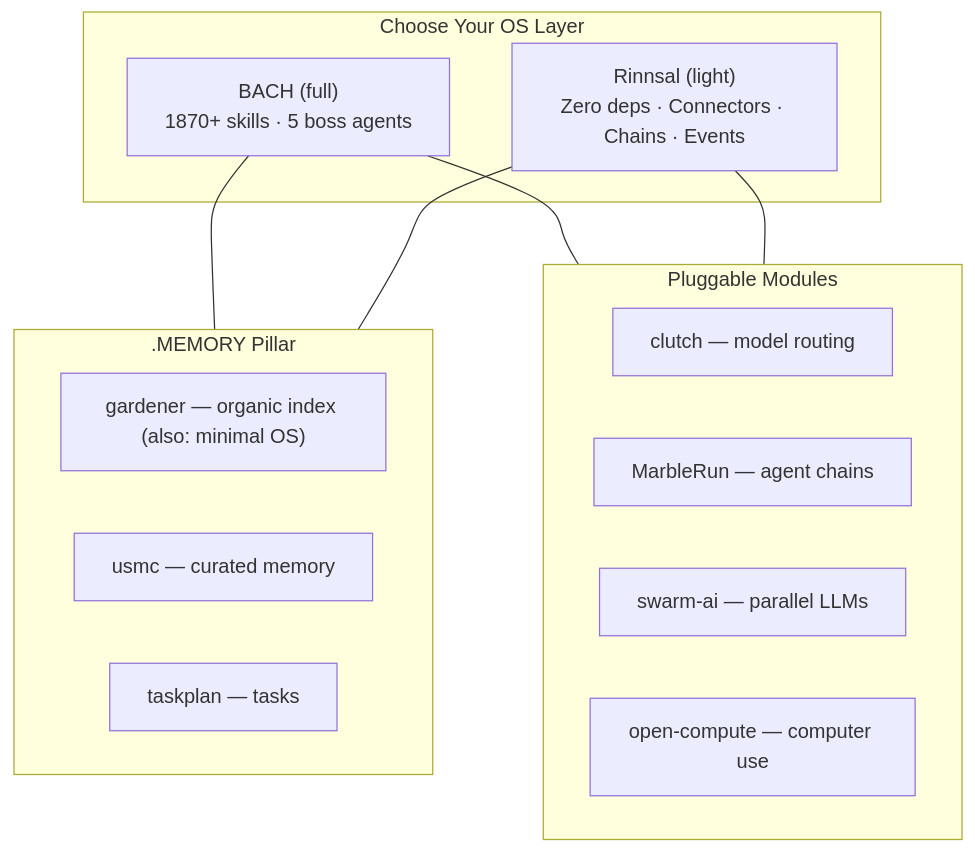
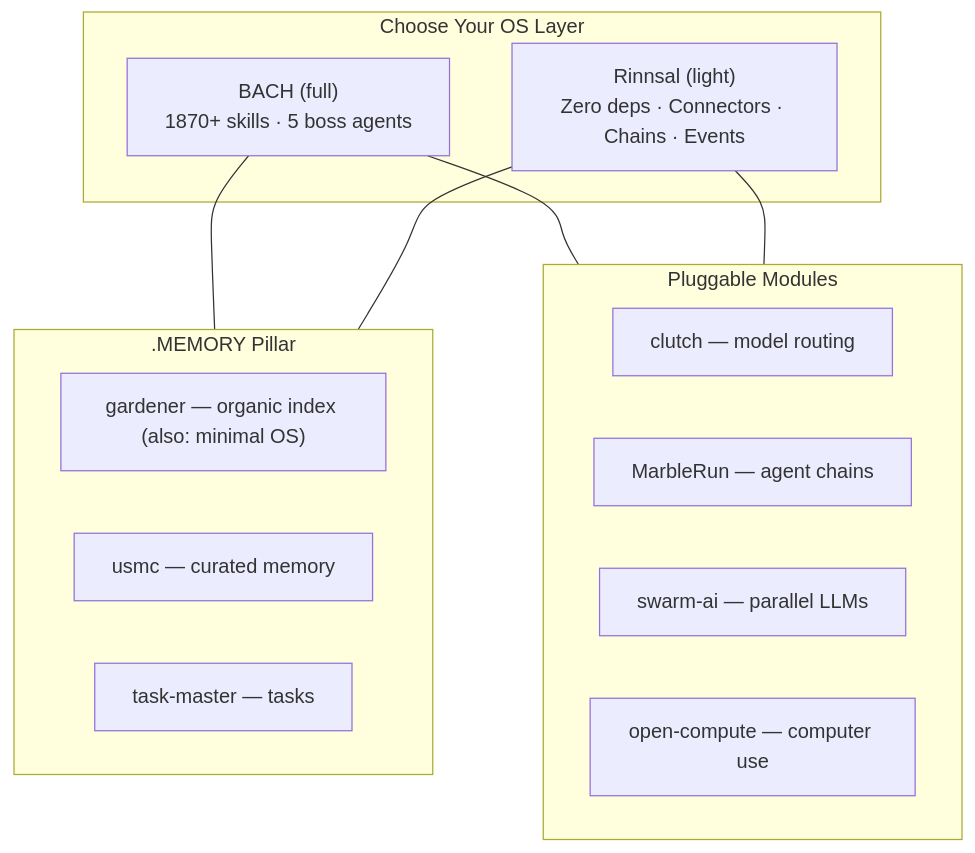
The diagram in profile/README.md (ellmos-ai/.github), drawn with Mermaid before and after one commit. The commit also changed other lines of this file and 4 other files, not shown here.

Commit message:
docs(profile): update repository index to sync taskplan rename to task-master [G 2026-07-30]

````diff
--- a/profile/README.md
+++ b/profile/README.md
@@ -147,22 +147,22 @@
 ```mermaid
 flowchart TD
   subgraph OS["Choose Your OS Layer"]
     BACH["BACH (full)<br/>1870+ skills · 5 boss agents"]
     RIN["Rinnsal (light)<br/>Zero deps · Connectors · Chains · Events"]
   end
   subgraph MEM[".MEMORY Pillar"]
     GAR["gardener — organic index (also: minimal OS)"]
     USMC["usmc — curated memory"]
-    TASK["taskplan — tasks"]
+    TASK["task-master — tasks"]
   end
   subgraph MOD["Pluggable Modules"]
     CLUTCH["clutch — model routing"]
     MARBLE["MarbleRun — agent chains"]
     SWARM["swarm-ai — parallel LLMs"]
     OCOMP["open-compute — computer use"]
   end
   BACH --- MEM
   RIN --- MEM
   BACH --- MOD
   RIN --- MOD
 ```
````
